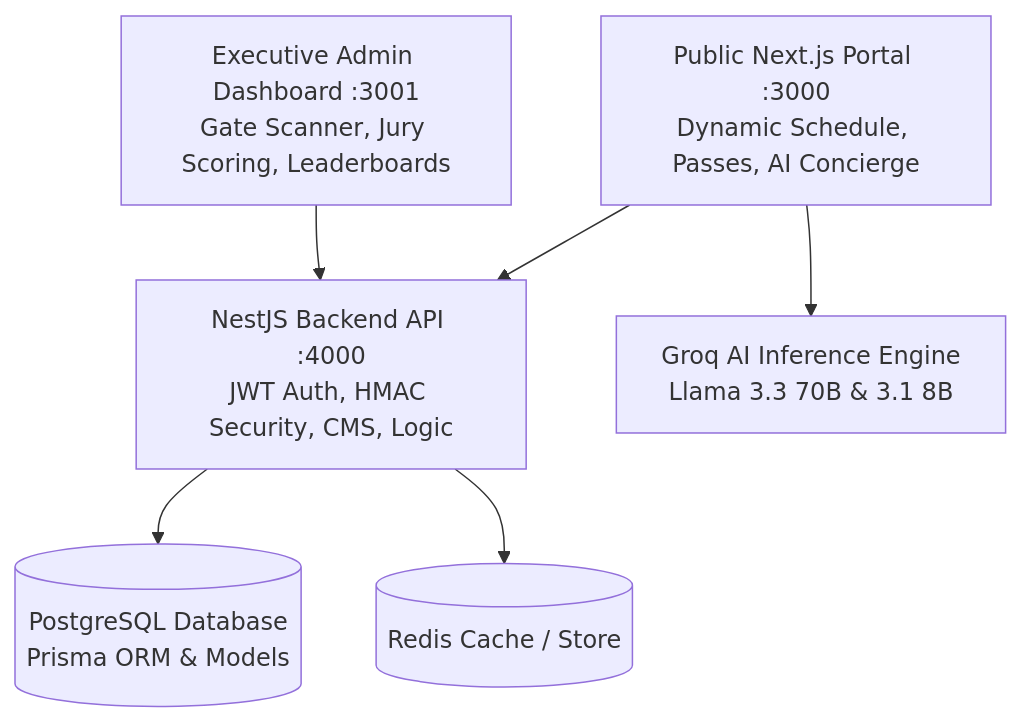
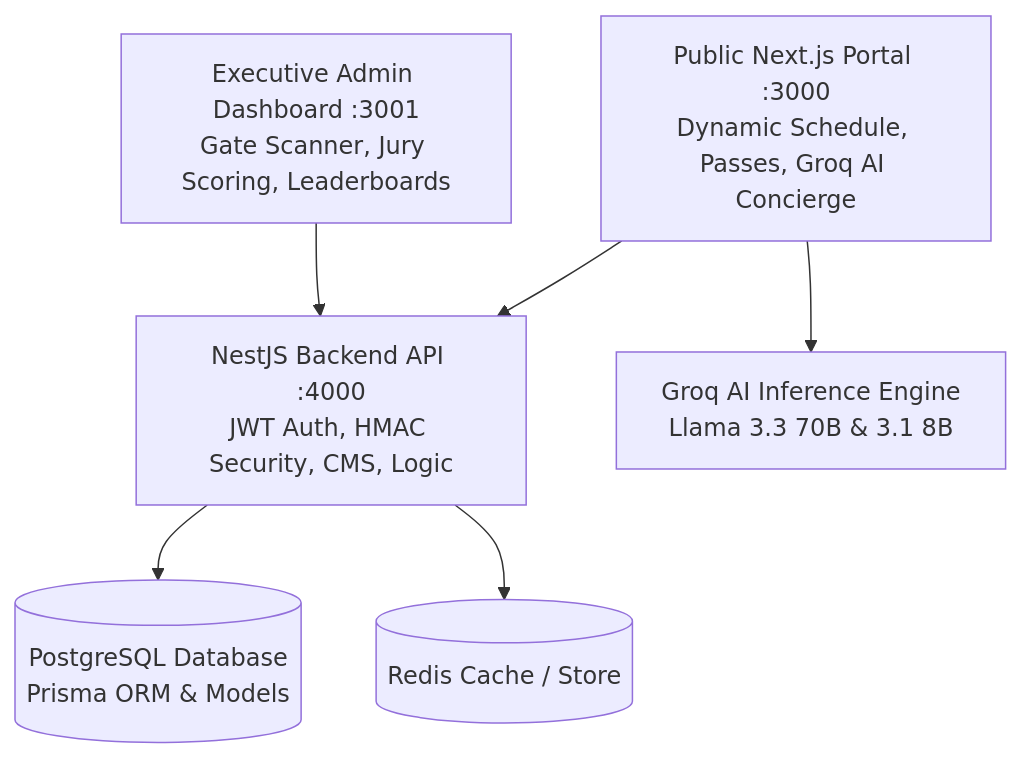
The diagram in README.md (EIC-PEC-all/ESUMMIT), drawn with Mermaid before and after one commit. The commit also changed other lines of this file and 76 other files, not shown here.

Commit message:
feat: integrate fullstack backend APIs, NextAuth v5 session, teams portal, and live CMS

````diff
--- a/README.md
+++ b/README.md
@@ -19,8 +22,8 @@
 ```mermaid
 graph TD
-    A[Public Next.js Portal :3000<br/>Dynamic Schedule, Passes, AI Concierge] --> C[NestJS Backend API :4000<br/>JWT Auth, HMAC Security, CMS, Logic]
+    A[Public Next.js Portal :3000<br/>Dynamic Schedule, Passes, Groq AI Concierge] --> C[NestJS Backend API :4000<br/>JWT Auth, HMAC Security, CMS, Logic]
     B[Executive Admin Dashboard :3001<br/>Gate Scanner, Jury Scoring, Leaderboards] --> C
     C --> D[(PostgreSQL Database<br/>Prisma ORM & Models)]
     C --> E[(Redis Cache / Store)]
     A --> F[Groq AI Inference Engine<br/>Llama 3.3 70B & 3.1 8B]
 ```
````
